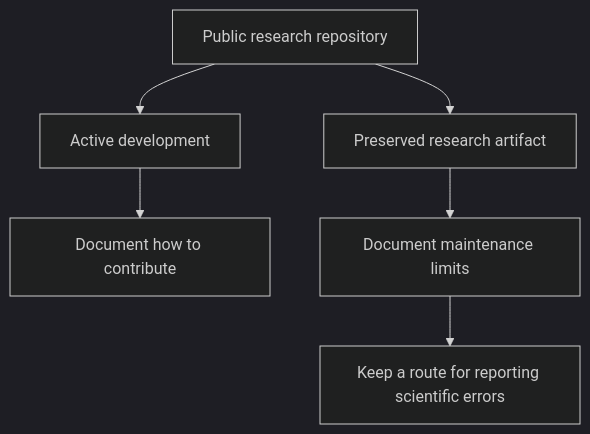
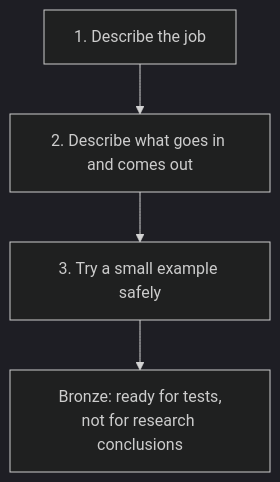
The third of 5 diagrams in _posts/2026-10-09-when-code-becomes-metadata.md (CU-DBMI/set-website), drawn with Mermaid (dark theme) before and after one commit. The commit also changed other lines of this file, not shown here.

````diff
--- a/_posts/2026-10-09-when-code-becomes-metadata.md
+++ b/_posts/2026-10-09-when-code-becomes-metadata.md
@@ -234,8 +105,6 @@
 ```mermaid!
 flowchart TB
-    public["Public research repository"] --> active["Active development"]
-    public --> preserved["Preserved research artifact"]
-    active --> contribute["Document how to contribute"]
-    preserved --> boundaries["Document maintenance limits"]
-    boundaries --> corrections["Keep a route for reporting scientific errors"]
+    intent["1. Describe the job"] --> contract["2. Describe what goes in and comes out"]
+    contract --> candidate["3. Try a small example safely"]
+    candidate --> status["Bronze: ready for tests,<br/>not for research conclusions"]
 ```
````
